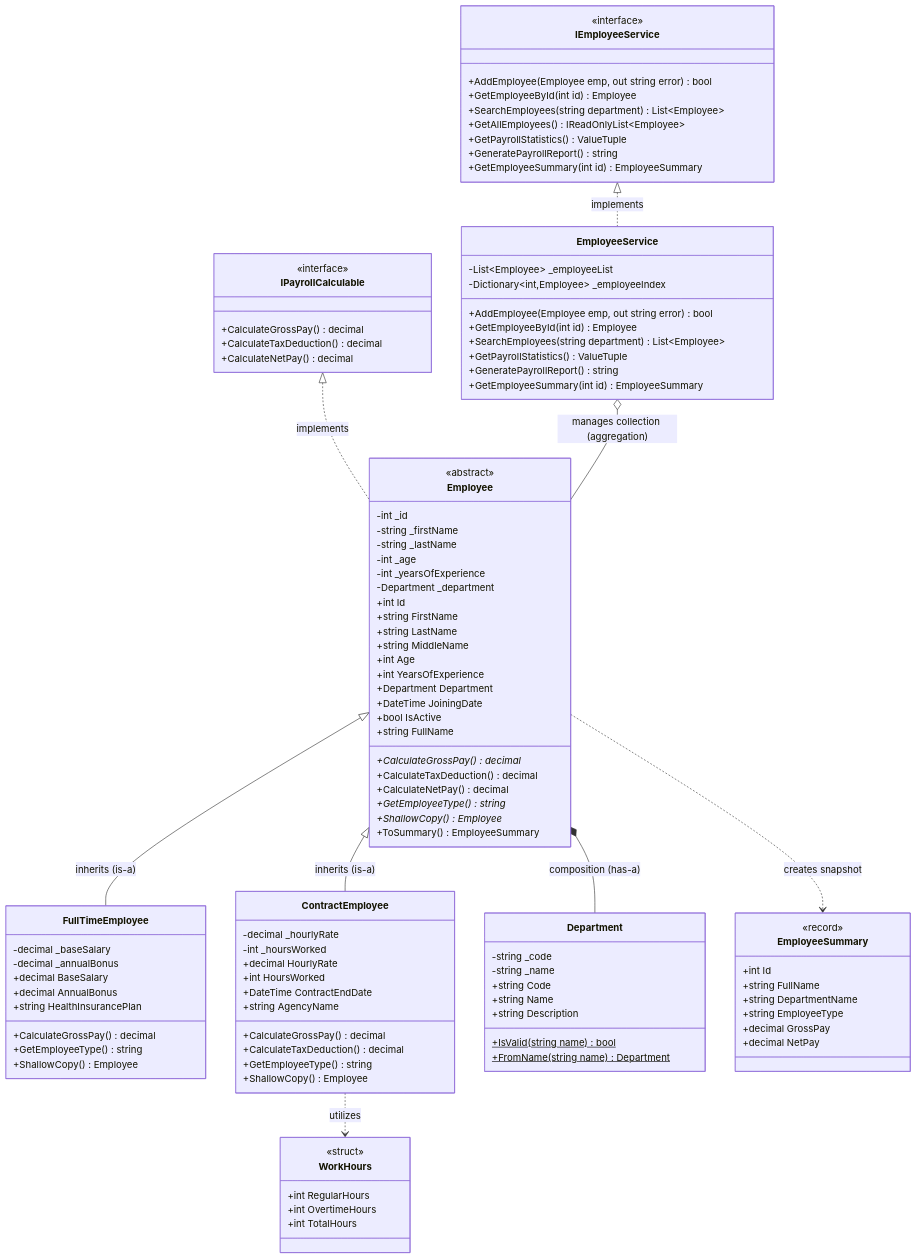
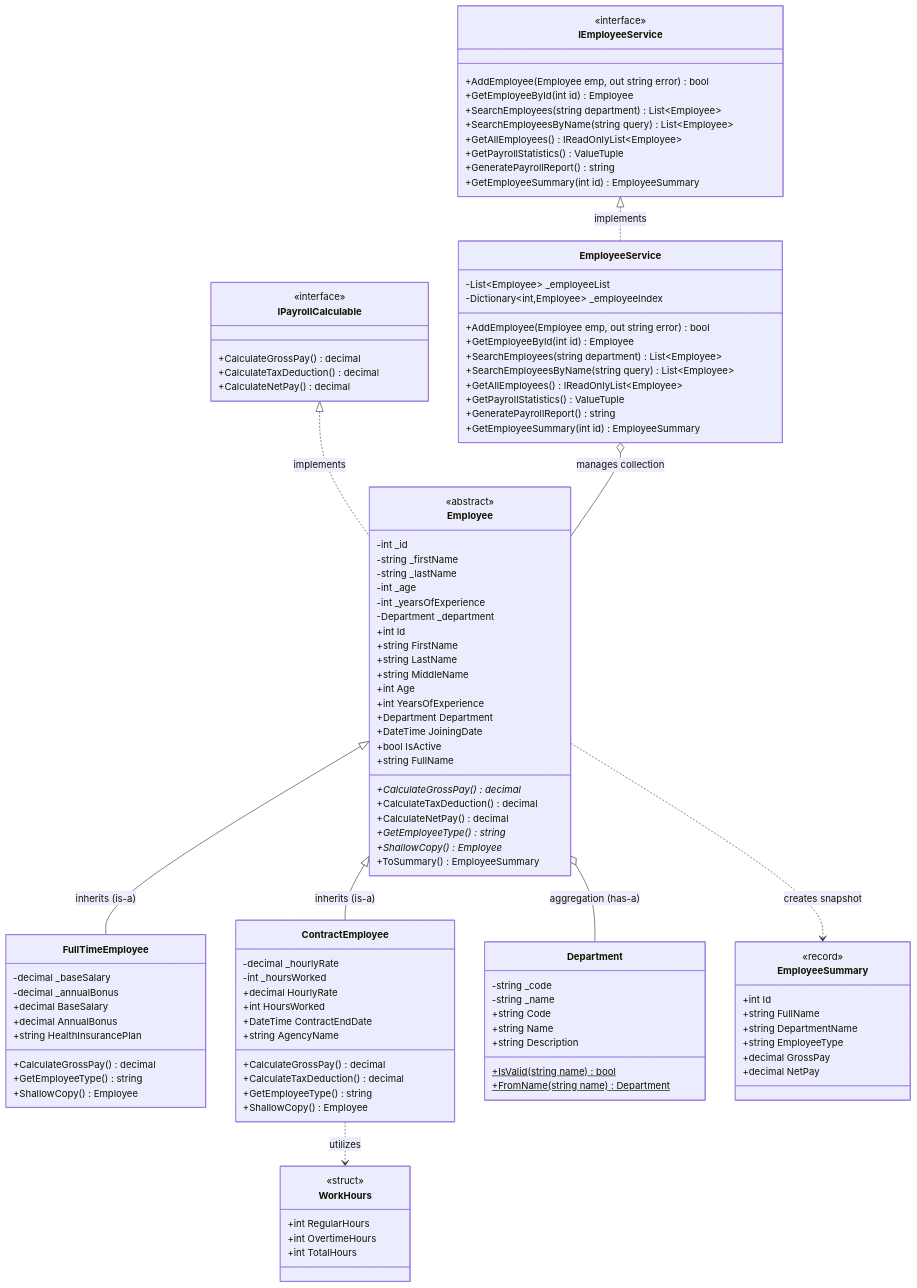
Before and after one commit to muruganrdev/EmployeeDepartmentManagement: the first of 2 diagrams in docs/Week-1/Day-2/UML-Class-Diagram.md, drawn with Mermaid. The commit also changed other lines of this file and 51 other files, not shown here.

````diff
--- a/docs/Week-1/Day-2/UML-Class-Diagram.md
+++ b/docs/Week-1/Day-2/UML-Class-Diagram.md
@@ -21,6 +21,7 @@
         +AddEmployee(Employee emp, out string error) bool
         +GetEmployeeById(int id) Employee
         +SearchEmployees(string department) List~Employee~
+        +SearchEmployeesByName(string query) List~Employee~
         +GetAllEmployees() IReadOnlyList~Employee~
         +GetPayrollStatistics() ValueTuple
         +GeneratePayrollReport() string
@@ -114,6 +115,8 @@
         +AddEmployee(Employee emp, out string error) bool
         +GetEmployeeById(int id) Employee
         +SearchEmployees(string department) List~Employee~
+        +SearchEmployeesByName(string query) List~Employee~
+        +GetAllEmployees() IReadOnlyList~Employee~
         +GetPayrollStatistics() ValueTuple
         +GeneratePayrollReport() string
         +GetEmployeeSummary(int id) EmployeeSummary
@@ -123,9 +126,9 @@
     IPayrollCalculable <|.. Employee : implements
     Employee <|-- FullTimeEmployee : inherits (is-a)
     Employee <|-- ContractEmployee : inherits (is-a)
-    Employee *-- Department : composition (has-a)
+    Employee o-- Department : aggregation (has-a)
     IEmployeeService <|.. EmployeeService : implements
-    EmployeeService o-- Employee : manages collection (aggregation)
+    EmployeeService o-- Employee : manages collection
     Employee ..> EmployeeSummary : creates snapshot
     ContractEmployee ..> WorkHours : utilizes
 ```
````
